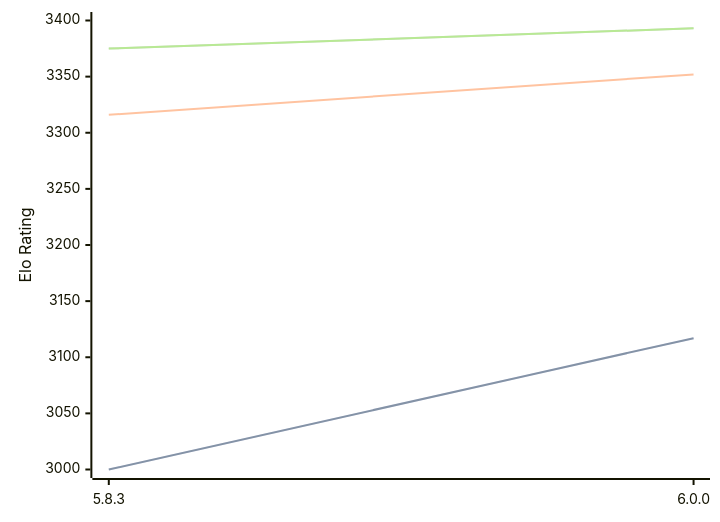
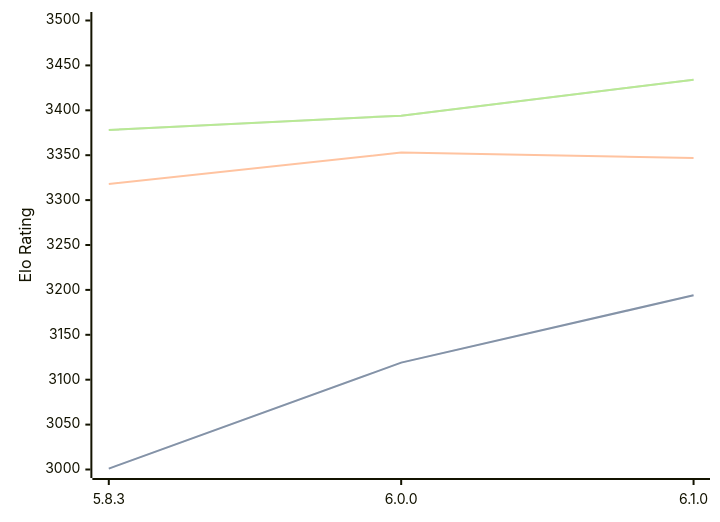
One commit to computer-chess-index/cci changed the diagram in engines/Zigqueen.md. Above: the diagram before and after it, drawn with Mermaid. The commit also changed other lines of this file, not shown here.

Commit message:
Update CCI Ratings (ELO VLTC) - 2026-09-01

````diff
--- a/engines/Zigqueen.md
+++ b/engines/Zigqueen.md
@@ -35,11 +36,11 @@
 ```mermaid
 %%{init: {"theme":"base","themeVariables":{"seriesColors:['#a3a3a3','#222221','#faa371']}}}%%
 xychart-beta
-  x-axis ["5.8.3", "6.0.0"]
-  y-axis "Elo Rating" 3000 --> 3400
-  line "" [3000, 3117]
-  line "STC (8.0+0.08s)" [3000, 3117]
-  line "LTC (60.0+0.60s)" [3316, 3352]
-  line "" [3375, 3393]
-  line "VLTC (2m24s+1.12s)" [3375, 3393]
+  x-axis ["5.8.3", "6.0.0", "6.1.0"]
+  y-axis "Elo Rating" 3000 --> 3500
+  line "" [3001, 3119, 3194]
+  line "STC (8.0+0.08s)" [3001, 3119, 3194]
+  line "LTC (60.0+0.60s)" [3318, 3353, 3347]
+  line "" [3378, 3394, 3434]
+  line "VLTC (2m24s+1.12s)" [3378, 3394, 3434]
 ```
````
